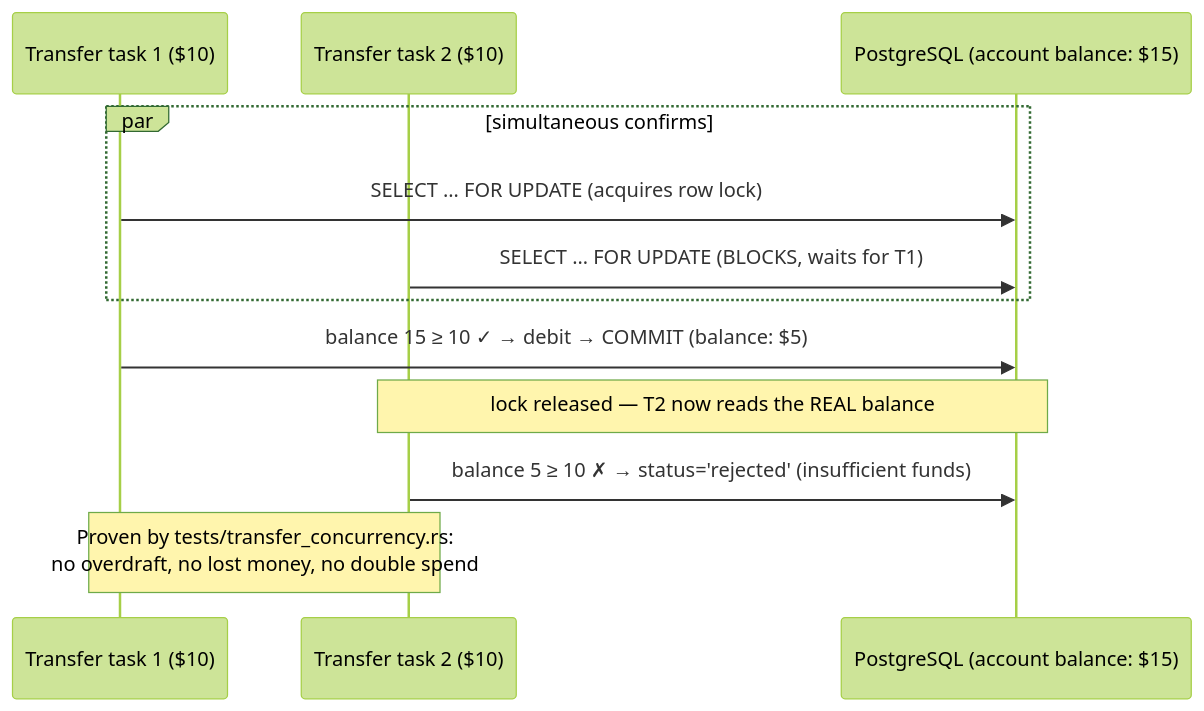
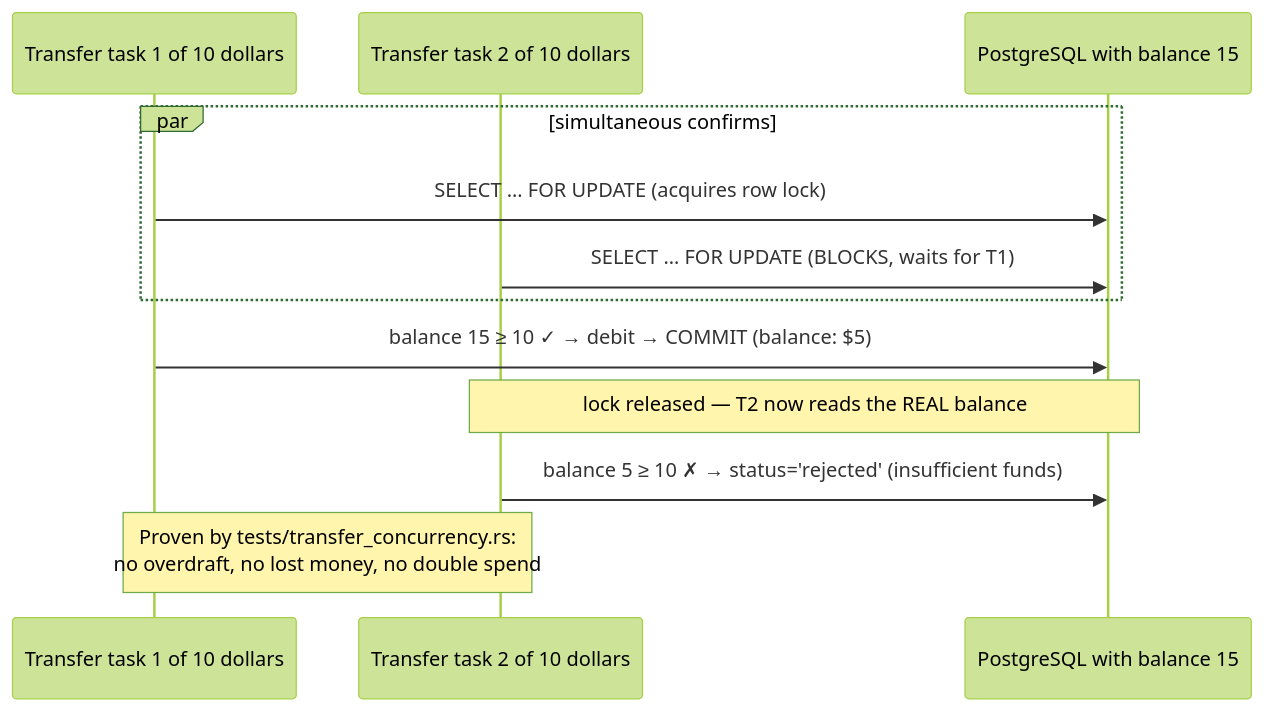
Before and after one commit to cthyuiii/FerroBank: the fifth of 12 diagrams in docs/FLOWS.md, drawn with Mermaid (forest theme). The commit also changed other lines of this file and 64 other files, not shown here.

````diff
--- a/docs/FLOWS.md
+++ b/docs/FLOWS.md
@@ -145,15 +146,15 @@
 ```mermaid
 sequenceDiagram
-    participant T1 as Transfer task 1 ($10)
-    participant T2 as Transfer task 2 ($10)
-    participant P as PostgreSQL (account balance: $15)
+    participant T1 as Transfer task 1 of 10 dollars
+    participant T2 as Transfer task 2 of 10 dollars
+    participant P as PostgreSQL with balance 15
 
     par simultaneous confirms
         T1->>P: SELECT … FOR UPDATE  (acquires row lock)
         T2->>P: SELECT … FOR UPDATE  (BLOCKS, waits for T1)
     end
     T1->>P: balance 15 ≥ 10 ✓ → debit → COMMIT (balance: $5)
     Note over T2,P: lock released — T2 now reads the REAL balance
     T2->>P: balance 5 ≥ 10 ✗ → status='rejected' (insufficient funds)
     Note over T1,T2: Proven by tests/transfer_concurrency.rs:<br/>no overdraft, no lost money, no double spend
 ```
````
